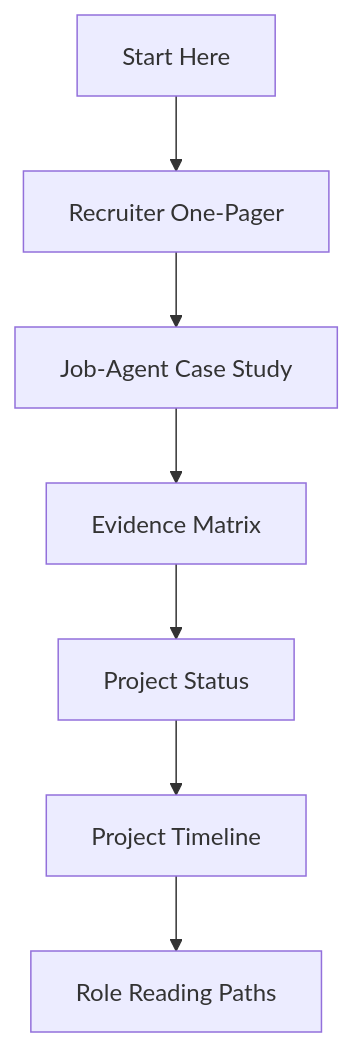
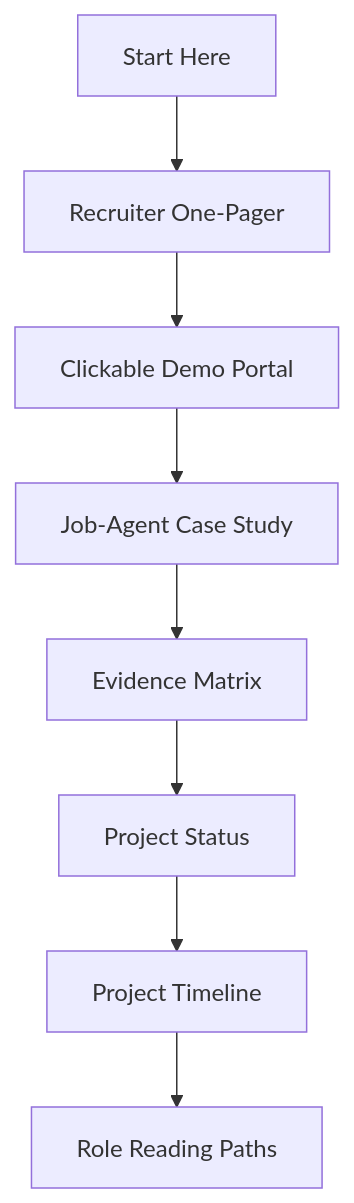
One commit to marcus-uden-dev/ai-native-proof-of-work changed the diagram in NAVIGATION.md. Above: the diagram before and after it, drawn with Mermaid. The commit also changed other lines of this file and 9 other files, not shown here.

Commit message:
docs add clickable demo portal

````diff
--- a/NAVIGATION.md
+++ b/NAVIGATION.md
@@ -91,9 +94,10 @@
 ```mermaid
 flowchart TD
     A["Start Here"] --> B["Recruiter One-Pager"]
-    B --> C["Job-Agent Case Study"]
-    C --> D["Evidence Matrix"]
-    D --> E["Project Status"]
-    E --> F["Project Timeline"]
-    F --> G["Role Reading Paths"]
+    B --> C["Clickable Demo Portal"]
+    C --> D["Job-Agent Case Study"]
+    D --> E["Evidence Matrix"]
+    E --> F["Project Status"]
+    F --> G["Project Timeline"]
+    G --> H["Role Reading Paths"]
 ```
````
